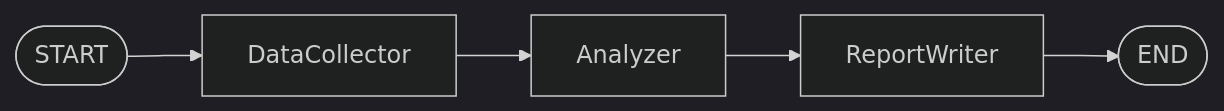
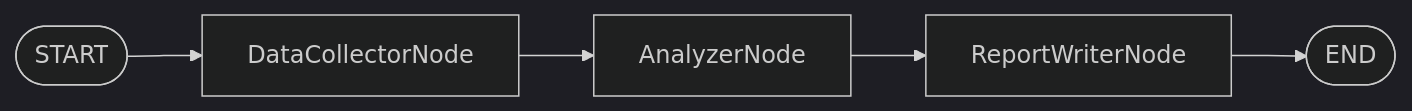
One commit to Proact0/Act-Operator changed the second of 13 diagrams in act_operator/act_operator/scaffold/{{ cookiecutter.act_slug }}/.claude/skills/act-architect/resources/agentic-design-patterns.md. Above: the diagram before and after it, drawn with Mermaid (dark theme). The commit also changed other lines of this file and 9 other files, not shown here.

Commit message:
Update version to 0.2.4, add new template paths for improved project scaffolding, and enhance documentation for interactive conversation protocols in the act-architect skill.

````diff
--- a/act_operator/act_operator/scaffold/{{ cookiecutter.act_slug }}/.claude/skills/act-architect/resources/agentic-design-patterns.md
+++ b/act_operator/act_operator/scaffold/{{ cookiecutter.act_slug }}/.claude/skills/act-architect/resources/agentic-design-patterns.md
@@ -58,4 +58,7 @@
 ```mermaid
 graph LR
-    START([START]) --> DataCollector --> Analyzer --> ReportWriter --> END([END])
+    START([START]) --> A[DataCollectorNode]
+    A --> B[AnalyzerNode]
+    B --> C[ReportWriterNode]
+    C --> END([END])
 ```
````
